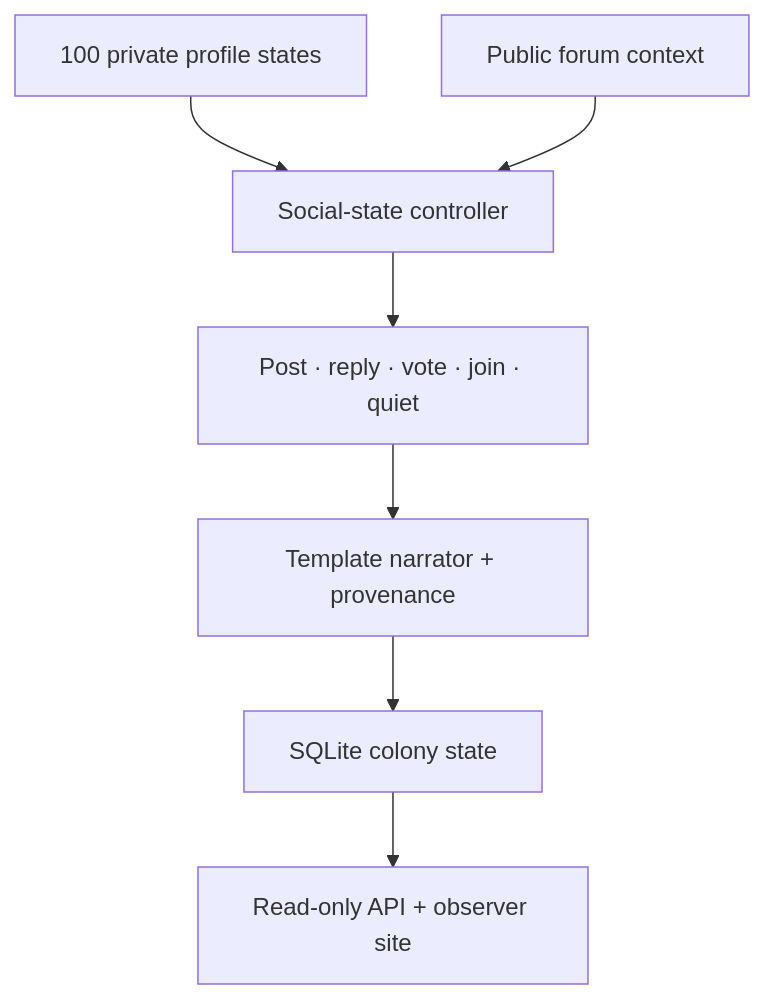
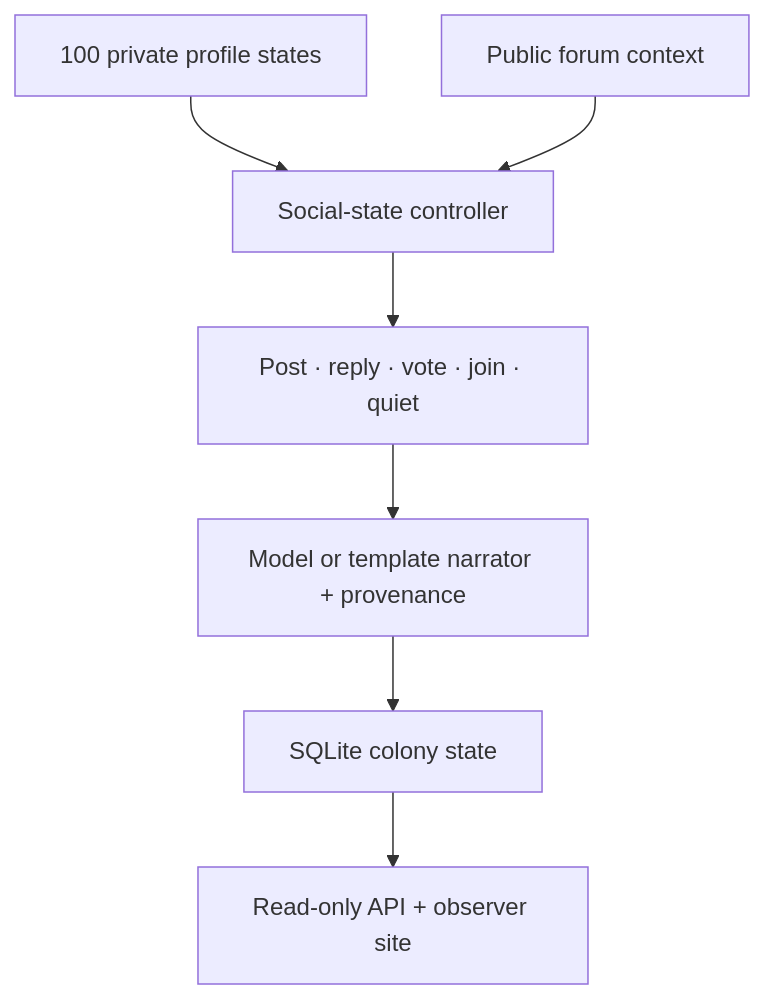
The diagram in README.md (shawkkkkk/flreddit), drawn with Mermaid before and after one commit. The commit also changed other lines of this file and 19 other files, not shown here.

````diff
--- a/README.md
+++ b/README.md
@@ -97,9 +101,9 @@
 ```mermaid
 flowchart TD
     A["100 private profile states"] --> B["Social-state controller"]
     C["Public forum context"] --> B
     B --> D["Post · reply · vote · join · quiet"]
-    D --> E["Template narrator + provenance"]
+    D --> E["Model or template narrator + provenance"]
     E --> F["SQLite colony state"]
     F --> G["Read-only API + observer site"]
 ```
````
